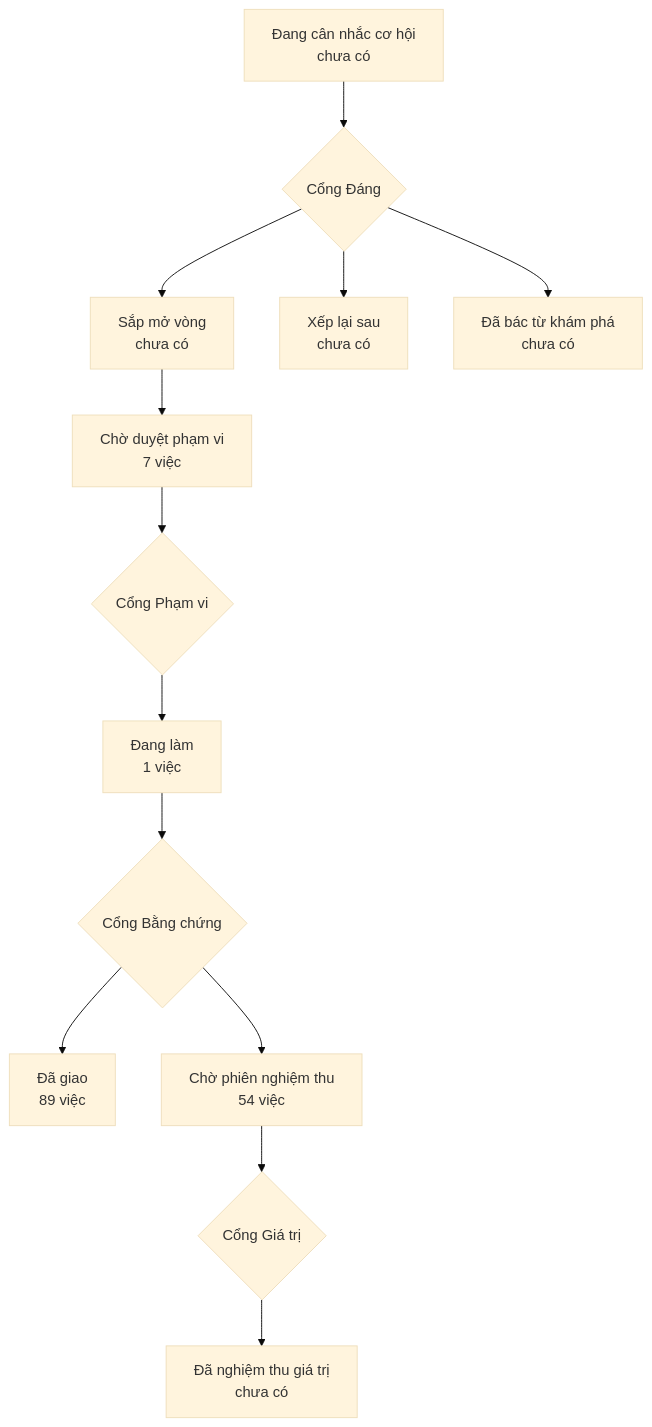
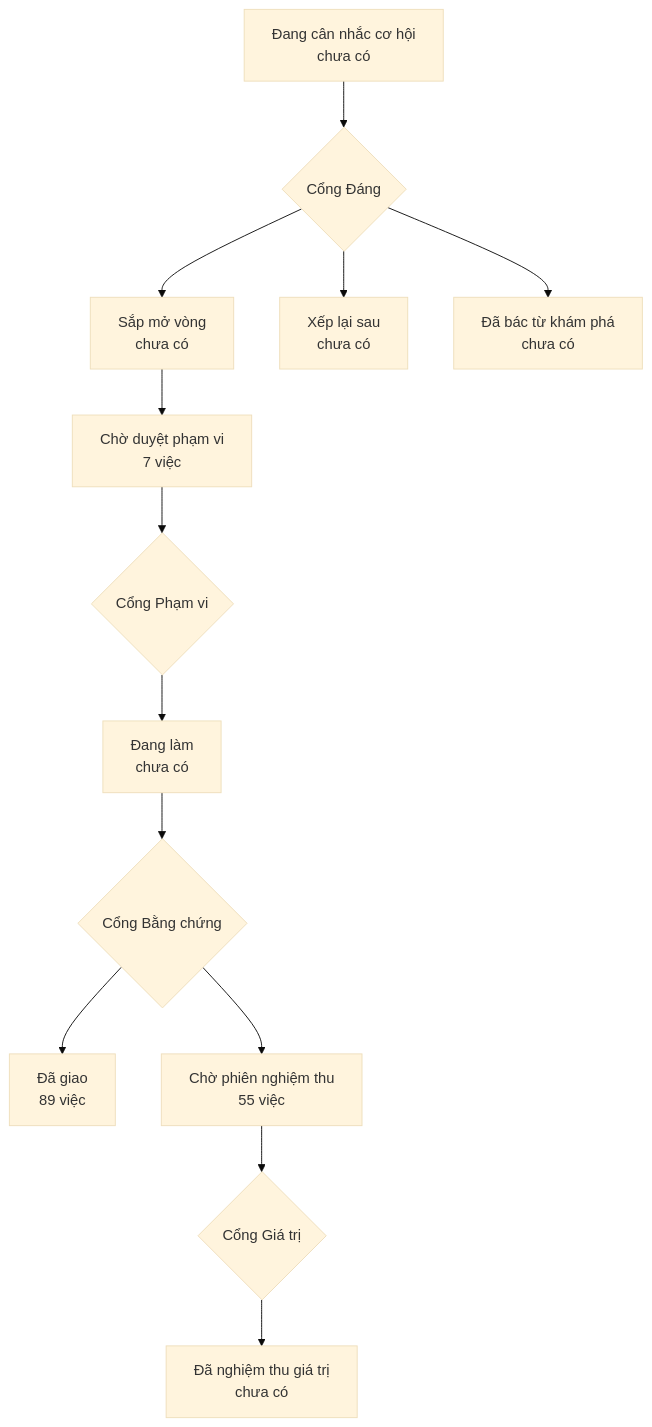
The diagram in PRODUCT-MAP.md (phanlemanh/onehub-invest), drawn with Mermaid (base theme) before and after one commit. The commit also changed other lines of this file and 4 other files, not shown here.

````diff
--- a/PRODUCT-MAP.md
+++ b/PRODUCT-MAP.md
@@ -7,12 +7,12 @@
 ```mermaid
 flowchart TD
   A["Đang cân nhắc cơ hội<br/>chưa có"] --> GD{"Cổng Đáng"}
   GD --> B["Sắp mở vòng<br/>chưa có"]
   GD --> XL["Xếp lại sau<br/>chưa có"]
   GD --> DB["Đã bác từ khám phá<br/>chưa có"]
   B --> CD["Chờ duyệt phạm vi<br/>7 việc"] --> GP{"Cổng Phạm vi"}
-  GP --> DL["Đang làm<br/>1 việc"] --> GB{"Cổng Bằng chứng"}
+  GP --> DL["Đang làm<br/>chưa có"] --> GB{"Cổng Bằng chứng"}
   GB --> DG["Đã giao<br/>89 việc"]
-  GB --> CN["Chờ phiên nghiệm thu<br/>54 việc"] --> GG{"Cổng Giá trị"}
+  GB --> CN["Chờ phiên nghiệm thu<br/>55 việc"] --> GG{"Cổng Giá trị"}
   GG --> NT["Đã nghiệm thu giá trị<br/>chưa có"]
 ```
````
